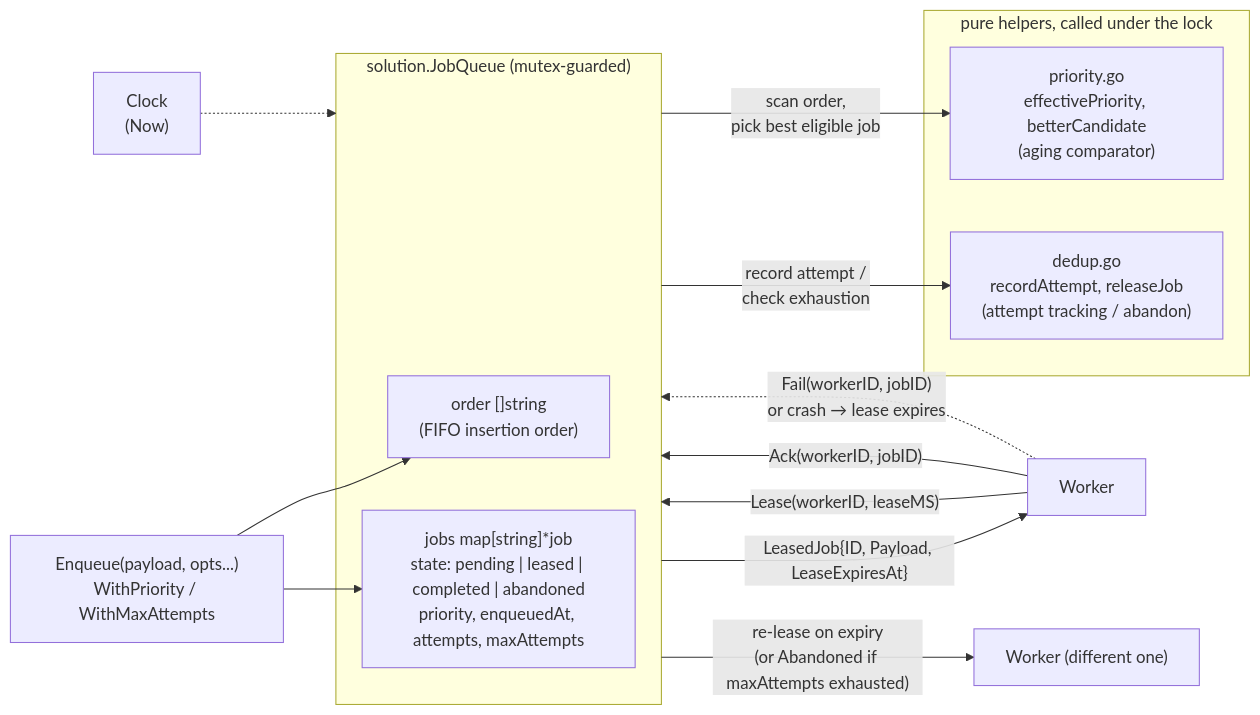
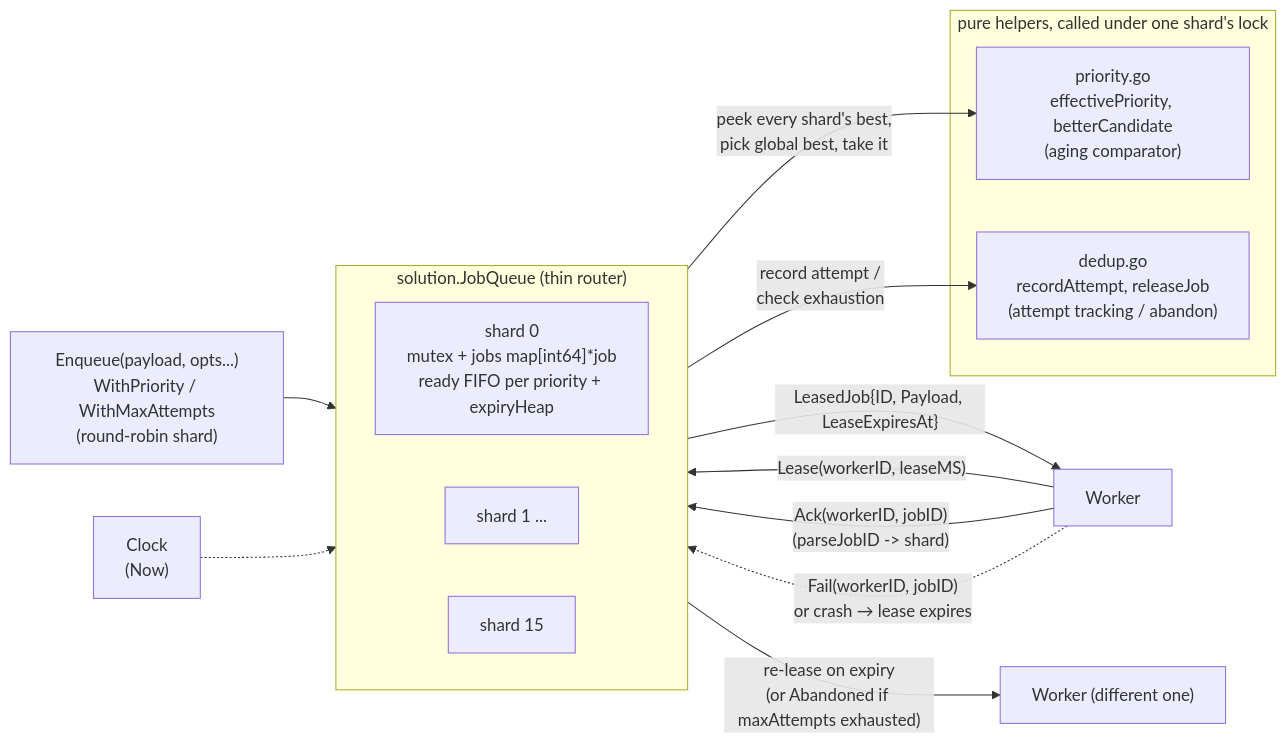
One commit to tchandrakar/yodoq changed the diagram in README.md. Above: the diagram before and after it, drawn with Mermaid. The commit also changed other lines of this file, not shown here.

First line of the commit message:
docs: update README architecture description for sharded JobQueue

````diff
--- a/README.md
+++ b/README.md
@@ -42,26 +45,27 @@
 ```mermaid
 flowchart LR
-    subgraph JobQueue["solution.JobQueue (mutex-guarded)"]
-        O["order []string\n(FIFO insertion order)"]
-        M["jobs map[string]*job\nstate: pending | leased | completed | abandoned\npriority, enqueuedAt, attempts, maxAttempts"]
+    subgraph JobQueue["solution.JobQueue (thin router)"]
+        direction LR
+        S0["shard 0\nmutex + jobs map[int64]*job\nready FIFO per priority + expiryHeap"]
+        S1["shard 1 ..."]
+        SN["shard 15"]
     end
 
-    subgraph Helpers["pure helpers, called under the lock"]
+    subgraph Helpers["pure helpers, called under one shard's lock"]
         P["priority.go\neffectivePriority, betterCandidate\n(aging comparator)"]
         D["dedup.go\nrecordAttempt, releaseJob\n(attempt tracking / abandon)"]
     end
 
     C["Clock\n(Now)"] -.-> JobQueue
 
-    E["Enqueue(payload, opts...)\nWithPriority / WithMaxAttempts"] --> M
-    E --> O
+    E["Enqueue(payload, opts...)\nWithPriority / WithMaxAttempts\n(round-robin shard)"] --> S0
 
     W1["Worker"] -- "Lease(workerID, leaseMS)" --> JobQueue
-    JobQueue -- "scan order,\npick best eligible job" --> P
+    JobQueue -- "peek every shard's best,\npick global best, take it" --> P
     JobQueue -- "record attempt /\ncheck exhaustion" --> D
     JobQueue -- "LeasedJob{ID, Payload, LeaseExpiresAt}" --> W1
-    W1 -- "Ack(workerID, jobID)" --> JobQueue
+    W1 -- "Ack(workerID, jobID)\n(parseJobID -> shard)" --> JobQueue
     W1 -. "Fail(workerID, jobID)\nor crash → lease expires" .-> JobQueue
 
     JobQueue -- "re-lease on expiry\n(or Abandoned if maxAttempts exhausted)" --> W2["Worker (different one)"]
 ```
````
